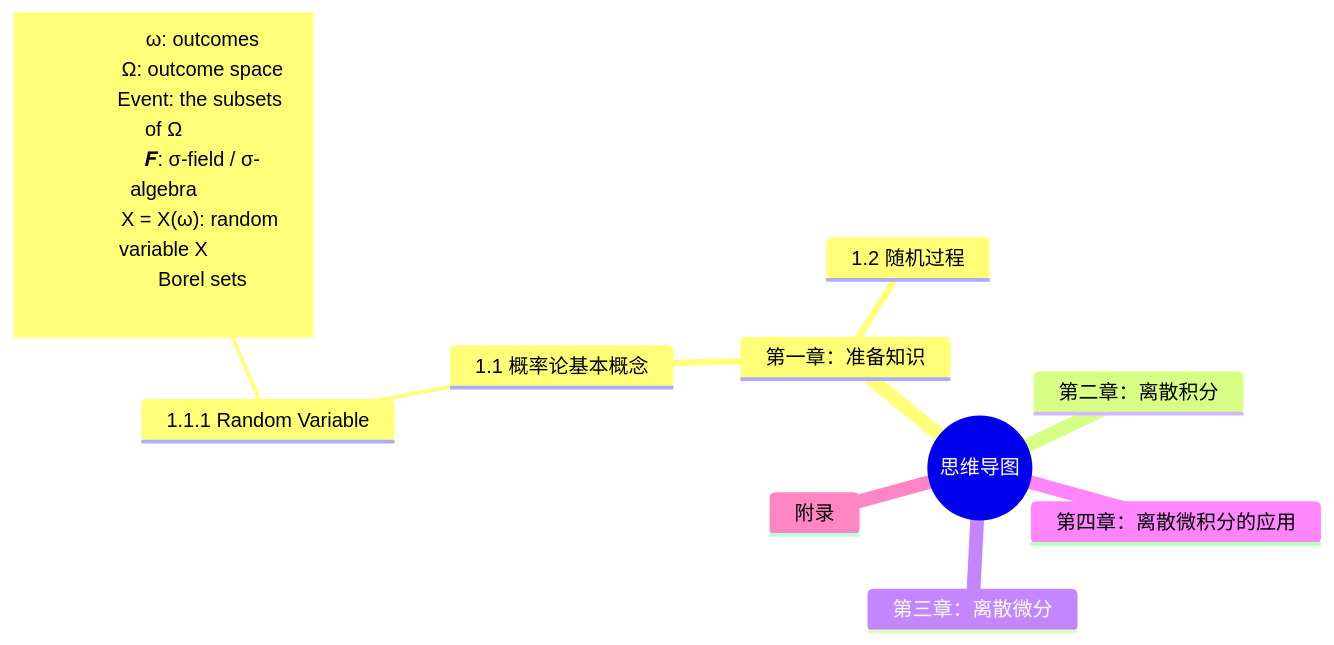
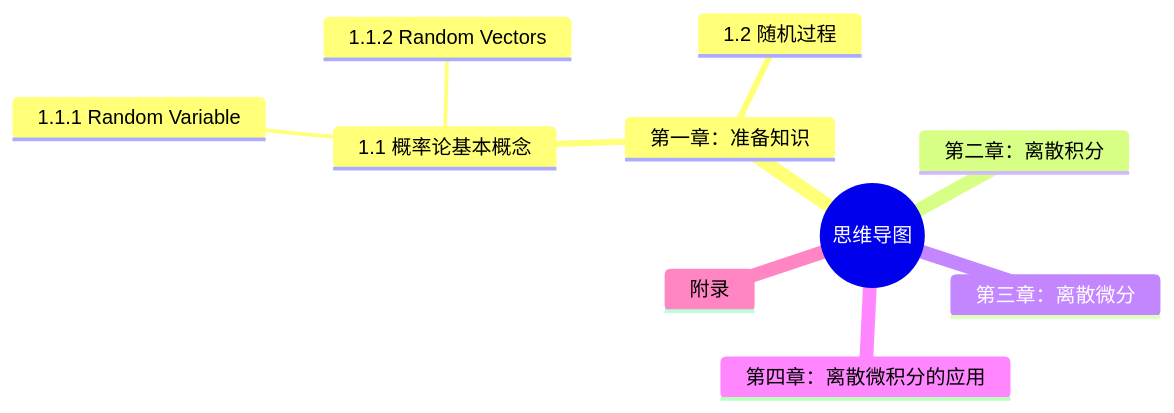
One commit to damonYuan/gitbook changed the diagram in math/230715-stochastic-calculus.md. Above: the diagram before and after it, drawn with Mermaid. The commit also changed other lines of this file and 2 other files, not shown here.

````diff
--- a/math/230715-stochastic-calculus.md
+++ b/math/230715-stochastic-calculus.md
@@ -11,21 +11,14 @@
 ```mermaid
 mindmap
   root((思维导图))
     第一章：准备知识 
       1.1 概率论基本概念
         1.1.1 Random Variable
-            id111["`
-              ω: outcomes
-              Ω: outcome space
-              Event: the subsets of Ω
-              𝑭: σ-field / σ-algebra
-              X = X(ω): random variable X
-              Borel sets
-            `"]
+        1.1.2 Random Vectors    
       1.2 随机过程
     第二章：离散积分
     第三章：离散微分
     第四章：离散微积分的应用
     附录
  
 ```
````
